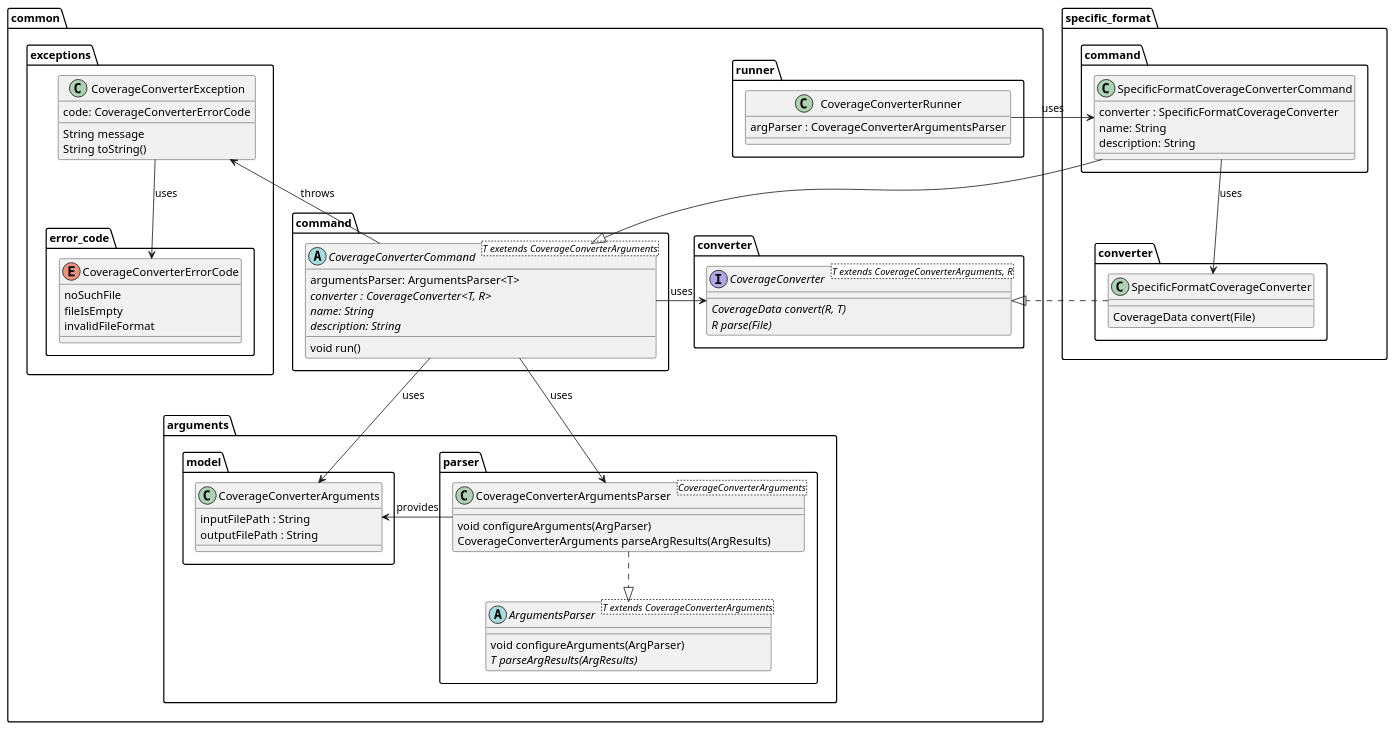
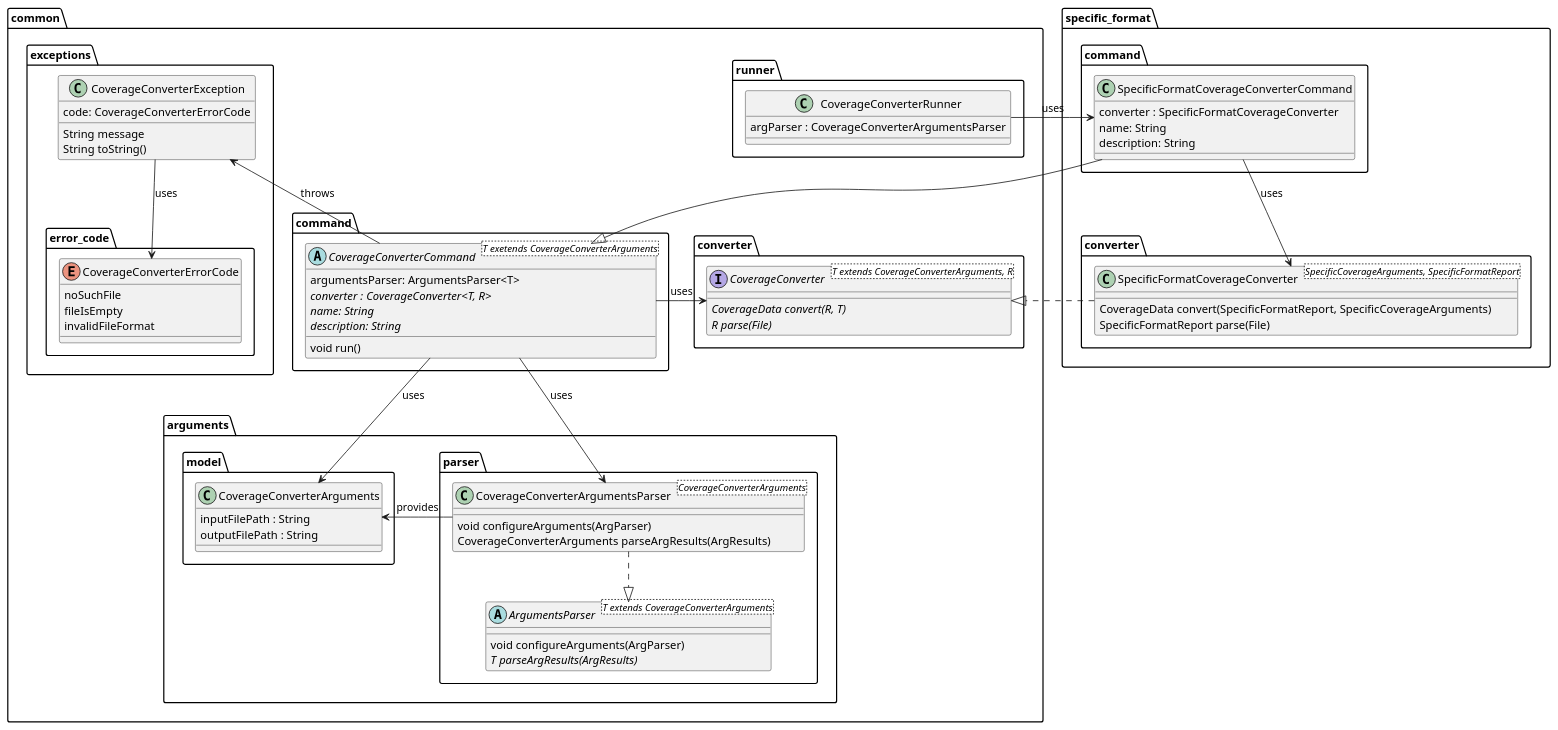
One commit to Flank/flank-dashboard changed the diagram in metrics/coverage_converter/docs/diagrams/coverage_class_diagram.puml. Above: the diagram before and after it, drawn with PlantUML.

Commit message:
Minor diagram improvement

```diff
--- a/metrics/coverage_converter/docs/diagrams/coverage_class_diagram.puml
+++ b/metrics/coverage_converter/docs/diagrams/coverage_class_diagram.puml
@@ -1,105 +1,106 @@
 @startuml coverage_class_diagram
 
 package common {
     package arguments {
         package model {
             class CoverageConverterArguments {
                 inputFilePath : String
                 outputFilePath : String
             }
         }
 
         package parser {
             class CoverageConverterArgumentsParser<CoverageConverterArguments> {
                 void configureArguments(ArgParser)
                 CoverageConverterArguments parseArgResults(ArgResults)
             }
             
             abstract ArgumentsParser<T extends CoverageConverterArguments> {
                 void configureArguments(ArgParser)
                 {abstract} T parseArgResults(ArgResults)
             }
         }
     }
 
 
     package command {
         abstract CoverageConverterCommand<T exetends CoverageConverterArguments> {
             argumentsParser: ArgumentsParser<T>
             {abstract} converter : CoverageConverter<T, R>
             {abstract} name: String
             {abstract} description: String
             void run()
         }
     }
 
     package converter {
         interface CoverageConverter<T extends CoverageConverterArguments, R> {
             {abstract} CoverageData convert(R, T)
             {abstract} R parse(File)
         }
     }
 
 
     package runner {
         class CoverageConverterRunner {
             argParser : CoverageConverterArgumentsParser
         }
     }
 
     package exceptions {
         class CoverageConverterException{
             code: CoverageConverterErrorCode
             {method} String message
             String toString()
         }
 
 
         package error_code {
             enum CoverageConverterErrorCode {
                 noSuchFile
                 fileIsEmpty
                 invalidFileFormat
             }
         }
     }
 }
 
 package specific_format {
     package converter as specific_format.converter {
-        class SpecificFormatCoverageConverter {
-            CoverageData convert(File)
+        class SpecificFormatCoverageConverter<SpecificCoverageArguments, SpecificFormatReport> {
+            CoverageData convert(SpecificFormatReport, SpecificCoverageArguments)
+            SpecificFormatReport parse(File)
         }
     }
 
     package command as specific_format.command {
         class SpecificFormatCoverageConverterCommand {
             converter : SpecificFormatCoverageConverter
             name: String
             description: String
         }
     }
 }
 
 
 CoverageConverterRunner -right-> SpecificFormatCoverageConverterCommand : uses
 
 CoverageConverterArgumentsParser -left-> CoverageConverterArguments : provides
 CoverageConverterArgumentsParser ..|> ArgumentsParser
 
 
 SpecificFormatCoverageConverterCommand --> SpecificFormatCoverageConverter : uses
 SpecificFormatCoverageConverterCommand --|> CoverageConverterCommand
 
 SpecificFormatCoverageConverter .down.|> CoverageConverter
 
 CoverageConverterCommand --> CoverageConverterArguments : uses
 CoverageConverterCommand -left-> CoverageConverter : uses
 CoverageConverterCommand -up-> CoverageConverterException : throws
 CoverageConverterCommand --> CoverageConverterArgumentsParser : uses
 
 CoverageConverterException --> CoverageConverterErrorCode : uses
 
 
 
 @enduml
```
